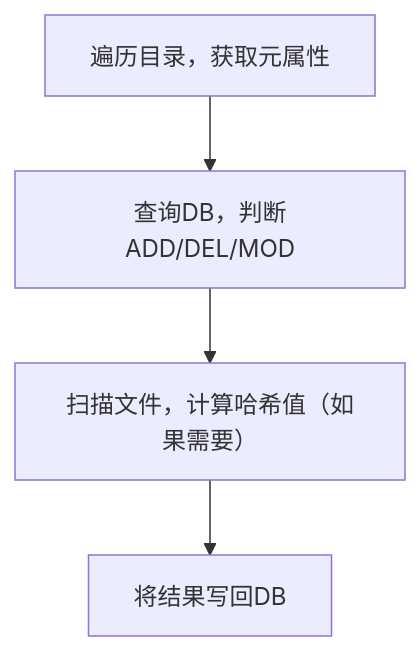
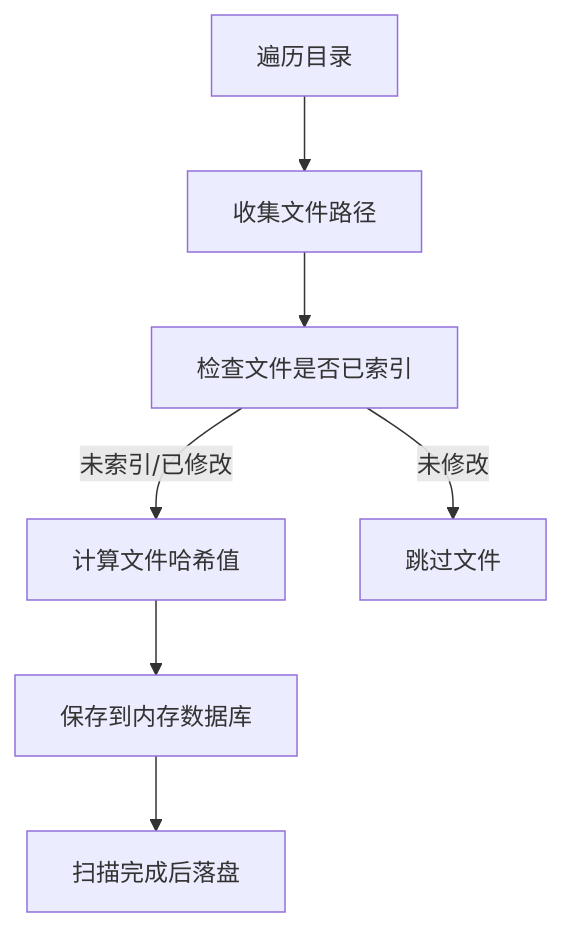
Before and after one commit to suyiiyii/pyFileIndexer: the diagram in README.md, drawn with Mermaid. The commit also changed other lines of this file and 2 other files, not shown here.

````diff
--- a/README.md
+++ b/README.md
@@ -22,10 +90,9 @@
 ```mermaid
 graph TD
-
-  A[遍历目录，获取元属性] --> B[查询DB，判断ADD/DEL/MOD]
-
-  B --> C[扫描文件，计算哈希值（如果需要）]
-
-  C --> D[将结果写回DB]
-
+  A[遍历目录] --> B[收集文件路径]
+  B --> C[检查文件是否已索引]
+  C -->|未索引/已修改| D[计算文件哈希值]
+  C -->|未修改| E[跳过文件]
+  D --> F[保存到内存数据库]
+  F --> G[扫描完成后落盘]
 ```
````
